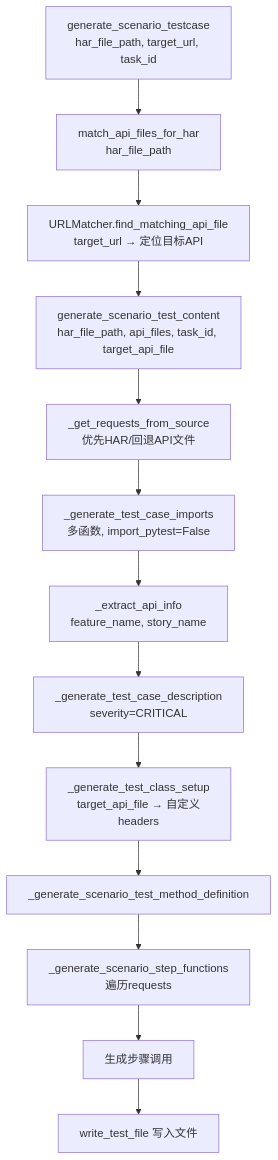
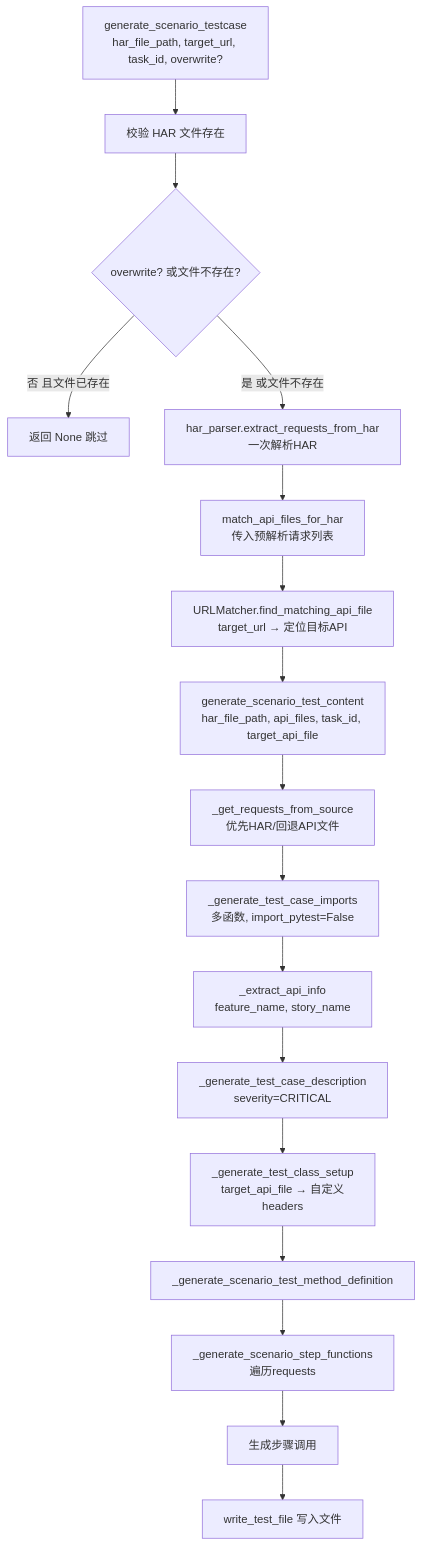
Before and after one commit to hewei198711/har2pytest: the second of 3 diagrams in docs/testcase_generation_modes.md, drawn with Mermaid. The commit also changed other lines of this file and 30 other files, not shown here.

````diff
--- a/docs/testcase_generation_modes.md
+++ b/docs/testcase_generation_modes.md
@@ -196,15 +200,19 @@
 ```mermaid
 flowchart TD
-    A[generate_scenario_testcase<br/>har_file_path, target_url, task_id] --> B[match_api_files_for_har<br/>har_file_path]
-    B --> C[URLMatcher.find_matching_api_file<br/>target_url → 定位目标API]
-    C --> D[generate_scenario_test_content<br/>har_file_path, api_files, task_id, target_api_file]
-    D --> E[_get_requests_from_source<br/>优先HAR/回退API文件]
-    E --> F[_generate_test_case_imports<br/>多函数, import_pytest=False]
-    F --> G[_extract_api_info<br/>feature_name, story_name]
-    G --> H[_generate_test_case_description<br/>severity=CRITICAL]
-    H --> I[_generate_test_class_setup<br/>target_api_file → 自定义headers]
-    I --> J[_generate_scenario_test_method_definition]
-    J --> K[_generate_scenario_step_functions<br/>遍历requests]
-    K --> L[生成步骤调用]
-    L --> M[write_test_file 写入文件]
+    A[generate_scenario_testcase<br/>har_file_path, target_url, task_id, overwrite?] --> B[校验 HAR 文件存在]
+    B --> C{overwrite? 或文件不存在?}
+    C -->|否 且文件已存在| D[返回 None 跳过]
+    C -->|是 或文件不存在| E[har_parser.extract_requests_from_har<br/>一次解析HAR]
+    E --> F[match_api_files_for_har<br/>传入预解析请求列表]
+    F --> G[URLMatcher.find_matching_api_file<br/>target_url → 定位目标API]
+    G --> H[generate_scenario_test_content<br/>har_file_path, api_files, task_id, target_api_file]
+    H --> I[_get_requests_from_source<br/>优先HAR/回退API文件]
+    I --> J[_generate_test_case_imports<br/>多函数, import_pytest=False]
+    J --> K[_extract_api_info<br/>feature_name, story_name]
+    K --> L[_generate_test_case_description<br/>severity=CRITICAL]
+    L --> M[_generate_test_class_setup<br/>target_api_file → 自定义headers]
+    M --> N[_generate_scenario_test_method_definition]
+    N --> O[_generate_scenario_step_functions<br/>遍历requests]
+    O --> P[生成步骤调用]
+    P --> Q[write_test_file 写入文件]
 ```
````
